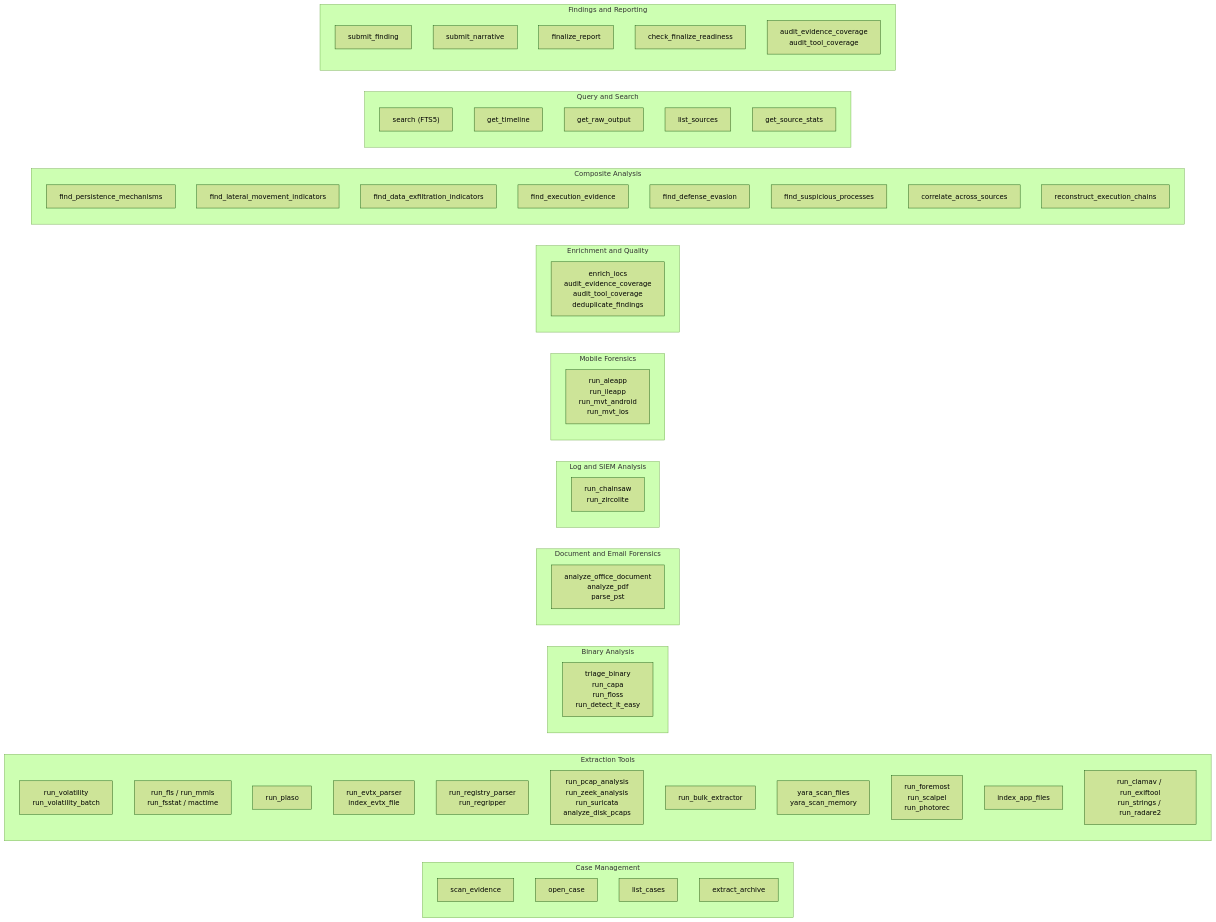
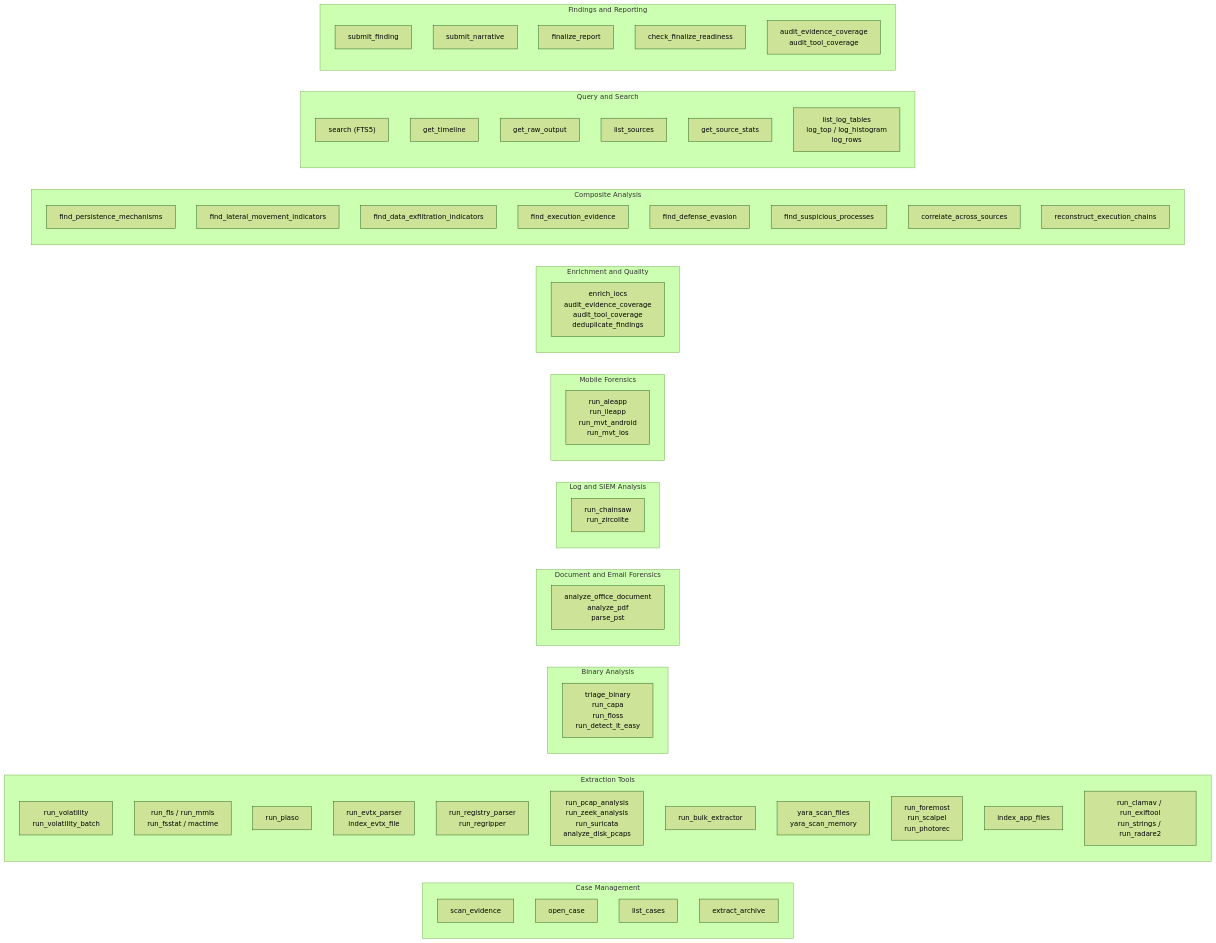
The first of 6 diagrams in docs/architecture.md (calebevans/mulder), drawn with Mermaid (forest theme) before and after one commit. The commit also changed other lines of this file and 12 other files, not shown here.

First line of the commit message:
feat(logs): log tables with bounded top-N, histogram and row tools

````diff
--- a/docs/architecture.md
+++ b/docs/architecture.md
@@ -17,70 +17,71 @@
 ```mermaid
 flowchart LR
     subgraph caseTools [Case Management]
         scanEvidence["scan_evidence"]
         openCase["open_case"]
         listCases["list_cases"]
         extractArchive["extract_archive"]
     end
 
     subgraph extractionTools [Extraction Tools]
         runVolatility["run_volatility\nrun_volatility_batch"]
         runFls["run_fls / run_mmls\nrun_fsstat / mactime"]
         runPlaso["run_plaso"]
         runEvtx["run_evtx_parser\nindex_evtx_file"]
         runRegistry["run_registry_parser\nrun_regripper"]
         runPcap["run_pcap_analysis\nrun_zeek_analysis\nrun_suricata\nanalyze_disk_pcaps"]
         runBulk["run_bulk_extractor"]
         runYara["yara_scan_files\nyara_scan_memory"]
         runCarving["run_foremost\nrun_scalpel\nrun_photorec"]
         runAppFiles["index_app_files"]
         runMisc["run_clamav / run_exiftool\nrun_strings / run_radare2"]
     end
 
     subgraph binaryTools [Binary Analysis]
         runBinary["triage_binary\nrun_capa\nrun_floss\nrun_detect_it_easy"]
     end
 
     subgraph docTools [Document and Email Forensics]
         runDocs["analyze_office_document\nanalyze_pdf\nparse_pst"]
     end
 
     subgraph logTools [Log and SIEM Analysis]
         runLogs["run_chainsaw\nrun_zircolite"]
     end
 
     subgraph mobileTools [Mobile Forensics]
         runMobile["run_aleapp\nrun_ileapp\nrun_mvt_android\nrun_mvt_ios"]
     end
 
     subgraph enrichTools [Enrichment and Quality]
         runEnrich["enrich_iocs\naudit_evidence_coverage\naudit_tool_coverage\ndeduplicate_findings"]
     end
 
     subgraph compositeTools [Composite Analysis]
         findPersistence["find_persistence_mechanisms"]
         findLateral["find_lateral_movement_indicators"]
         findExfil["find_data_exfiltration_indicators"]
         findExecution["find_execution_evidence"]
         findEvasion["find_defense_evasion"]
         findProc["find_suspicious_processes"]
         correlate["correlate_across_sources"]
         reconstruct["reconstruct_execution_chains"]
     end
 
     subgraph queryTools [Query and Search]
         search["search (FTS5)"]
         getTimeline["get_timeline"]
         getRawOutput["get_raw_output"]
         listSources["list_sources"]
         getSourceStats["get_source_stats"]
+        logTables["list_log_tables\nlog_top / log_histogram\nlog_rows"]
     end
 
     subgraph findingsTools [Findings and Reporting]
         submitFinding["submit_finding"]
         submitNarrative["submit_narrative"]
         finalizeReport["finalize_report"]
         checkReadiness["check_finalize_readiness"]
         auditCoverage["audit_evidence_coverage\naudit_tool_coverage"]
     end
 ```
````
